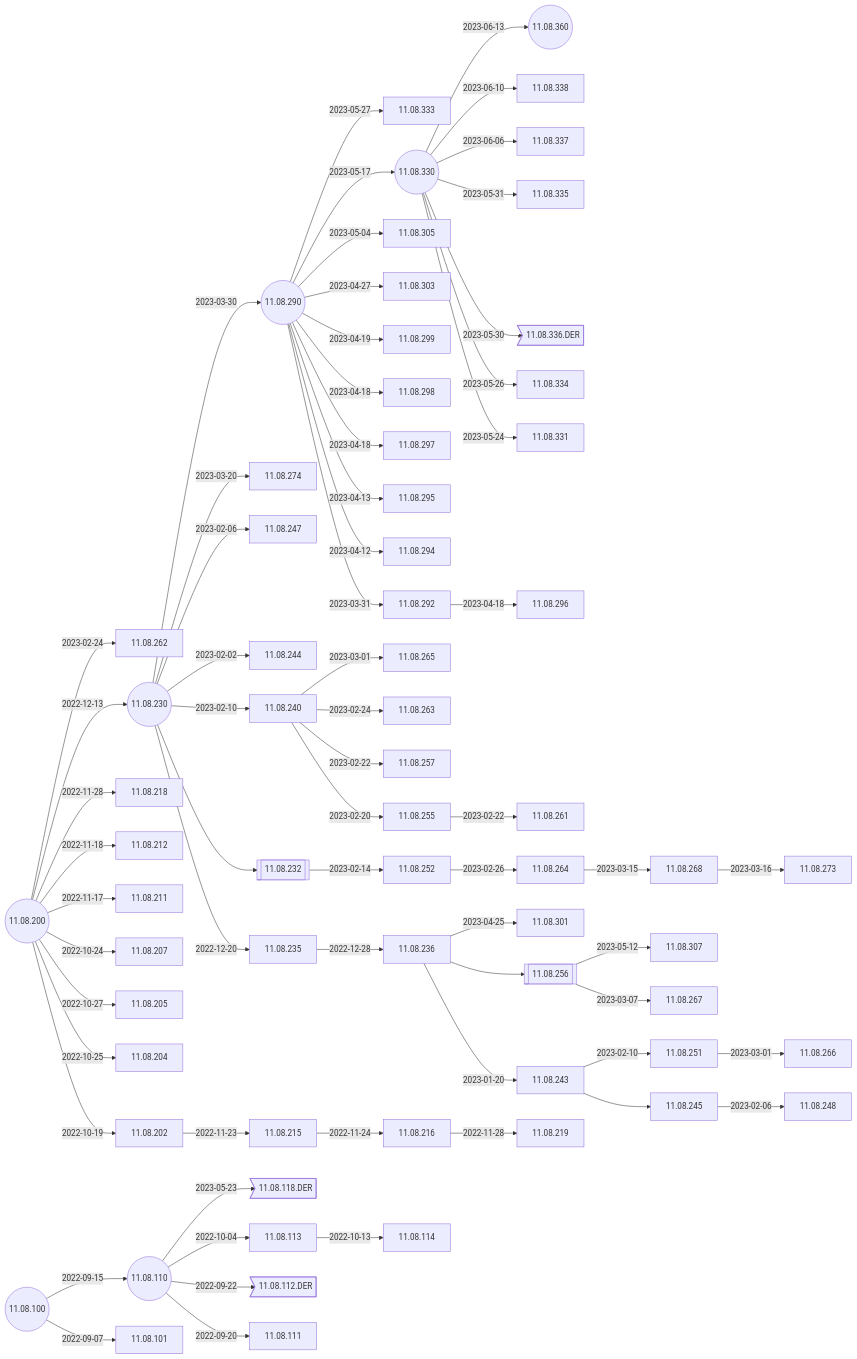
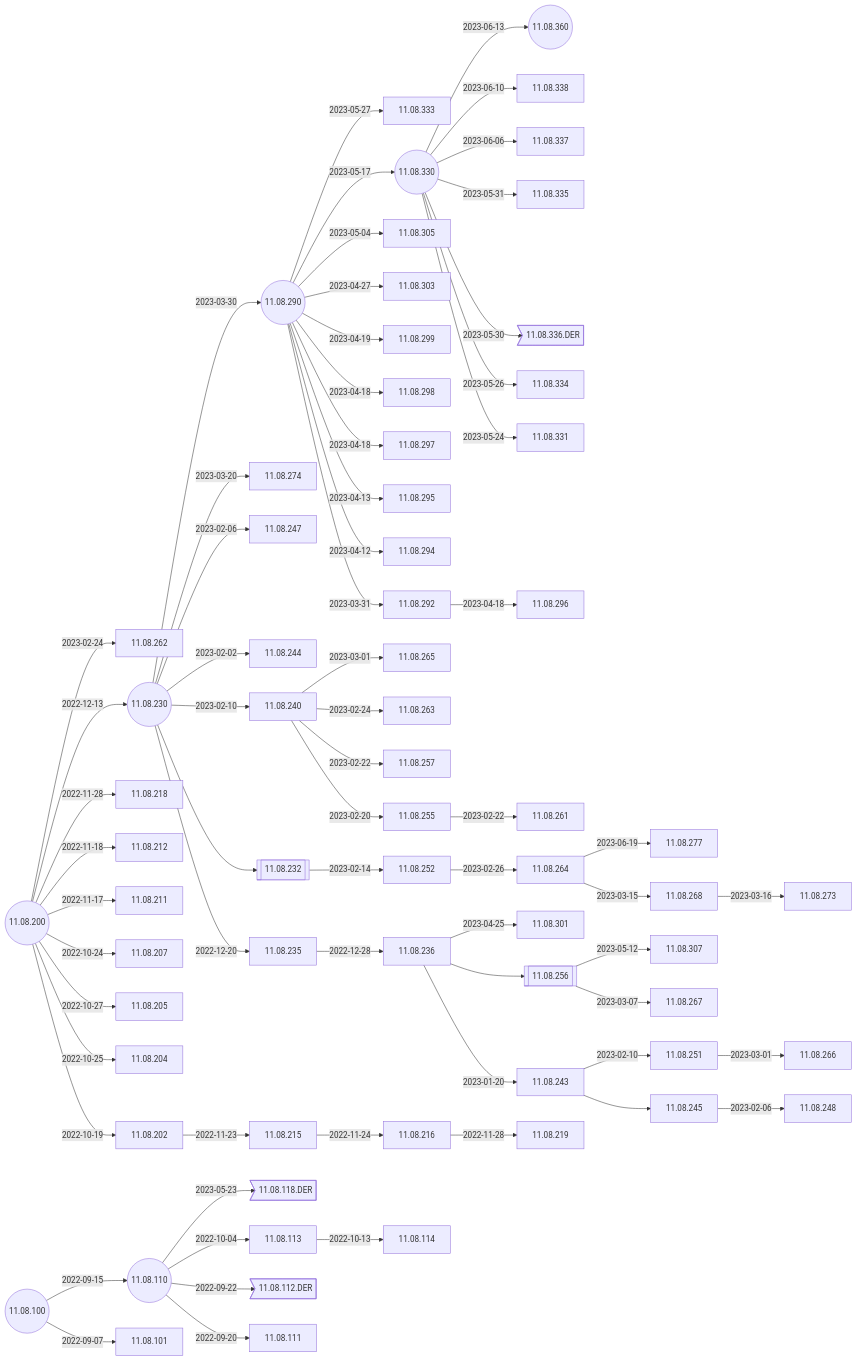
One commit to IGEL-Community/IGEL-Docs-v02 changed the second of 4 diagrams in docs/Docs/ReleaseNotes/01-OS11/README.md. Above: the diagram before and after it, drawn with Mermaid. The commit also changed 2 other files, not shown here.

Commit message:
11.08.277 < 11.08.264 - and - COSMOS FAQ

````diff
--- a/docs/Docs/ReleaseNotes/01-OS11/README.md
+++ b/docs/Docs/ReleaseNotes/01-OS11/README.md
@@ -39,5 +39,6 @@
 ```mermaid
 flowchart LR
+    11.08.264-- 2023-06-19 -->11.08.277
     11.08.330-- 2023-06-13 -->11.08.360((11.08.360))
     11.08.330-- 2023-06-10 -->11.08.338
     11.08.330-- 2023-06-06 -->11.08.337
@@ -85,6 +86,7 @@
     11.08.110((11.08.110))-- 2022-09-22 -->11.08.112.DER>11.08.112.DER]
     11.08.100-- 2022-09-15 -->11.08.110-- 2022-09-20 -->11.08.111
     11.08.100((11.08.100))-- 2022-09-07 -->11.08.101
+    click 11.08.277 "https://github.com/IGEL-Community/IGEL-Docs-v02/tree/main/docs/Docs/ReleaseNotes/01-OS11/readme11.08.277.txt" _blank
     click 11.08.360 "https://github.com/IGEL-Community/IGEL-Docs-v02/tree/main/docs/Docs/ReleaseNotes/01-OS11/readme11.08.360.txt" _blank
     click 11.08.338 "https://github.com/IGEL-Community/IGEL-Docs-v02/tree/main/docs/Docs/ReleaseNotes/01-OS11/readme11.08.338.txt" _blank
     click 11.08.337 "https://github.com/IGEL-Community/IGEL-Docs-v02/tree/main/docs/Docs/ReleaseNotes/01-OS11/readme11.08.337.txt" _blank
````
